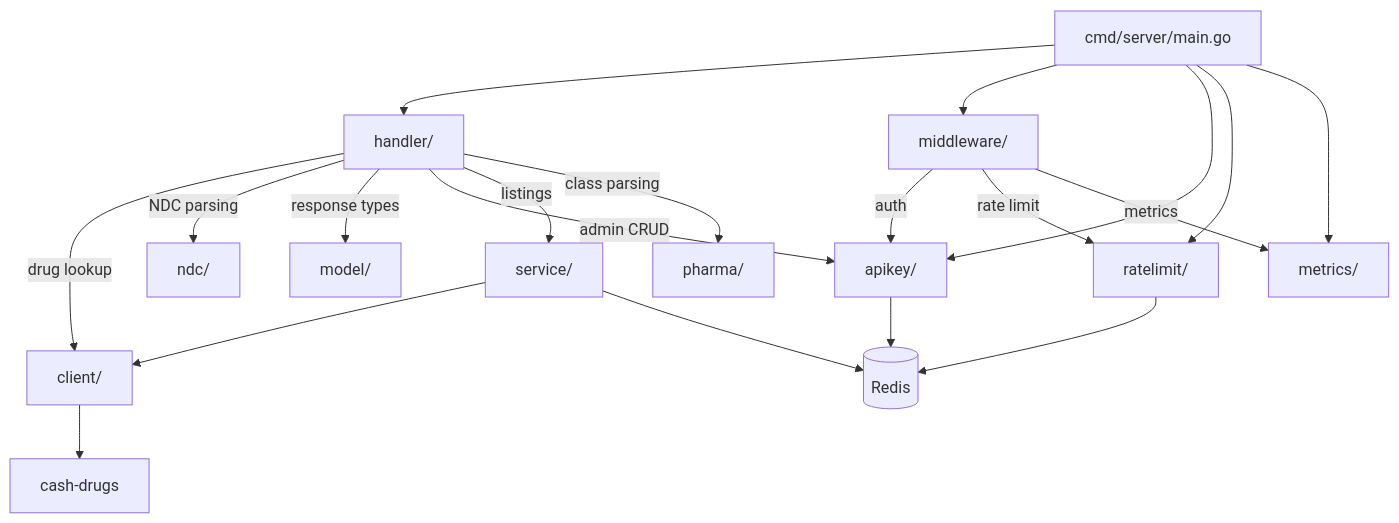
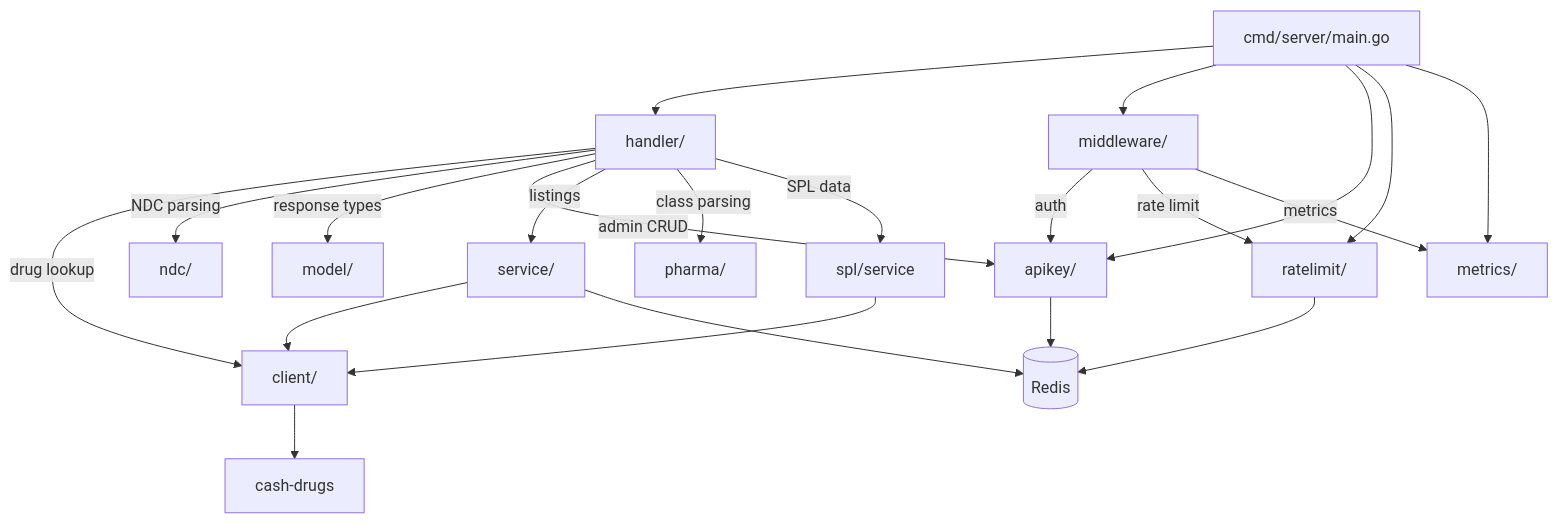
The fourth of 4 diagrams in README.md (finish06/drug-gate), drawn with Mermaid before and after one commit. The commit also changed other lines of this file, not shown here.

````diff
--- a/README.md
+++ b/README.md
@@ -178,26 +192,28 @@
 ```mermaid
 graph TD
     CMD[cmd/server/main.go] --> H[handler/]
     CMD --> MW[middleware/]
     CMD --> AK[apikey/]
     CMD --> RL[ratelimit/]
     CMD --> MET[metrics/]
 
     H --> |drug lookup| CL[client/]
     H --> |NDC parsing| NDC[ndc/]
     H --> |response types| M[model/]
     H --> |admin CRUD| AK
     H --> |listings| SVC[service/]
     H --> |class parsing| PH[pharma/]
+    H --> |SPL data| SPLSVC[spl/service]
 
     SVC --> CL
+    SPLSVC --> CL
     SVC --> Redis
 
     MW --> |auth| AK
     MW --> |rate limit| RL
     MW --> |metrics| MET
 
     AK --> Redis[(Redis)]
     RL --> Redis
     CL --> CD[cash-drugs]
 ```
````
